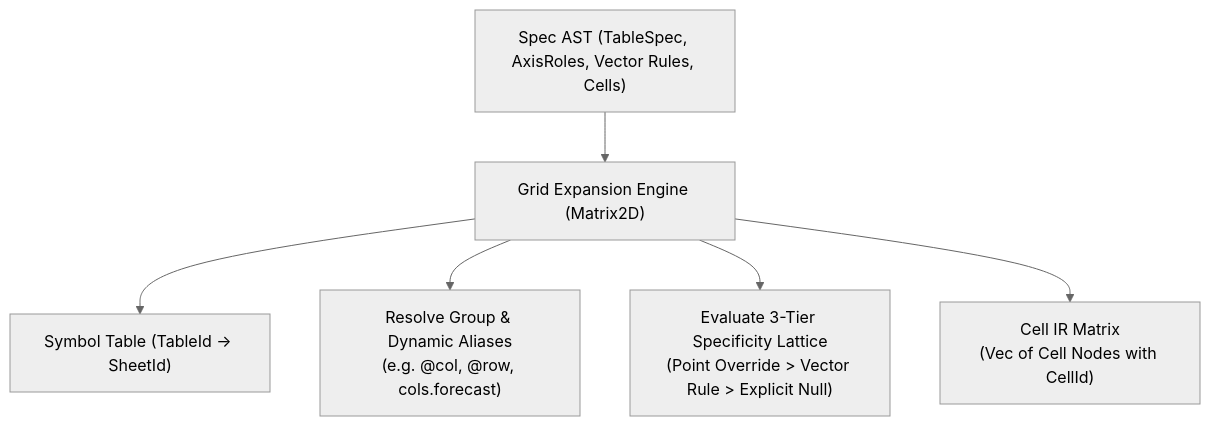
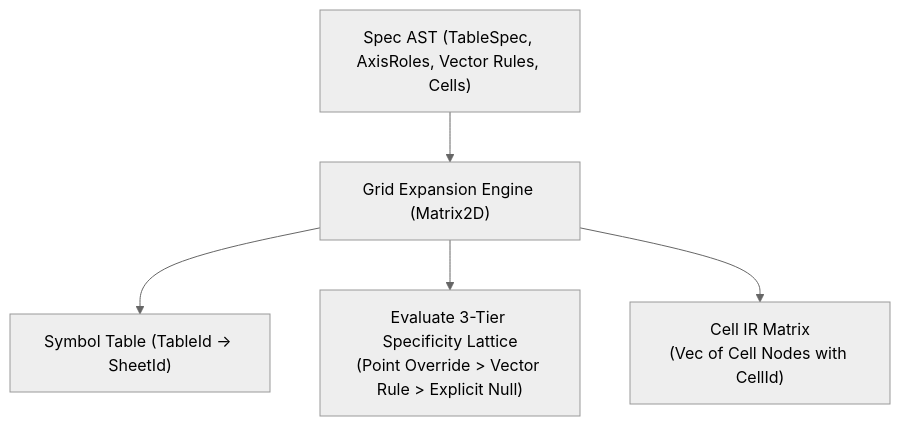
One commit to mhcfa/f8 changed the first of 2 diagrams in docs/compiler/ir.md. Above: the diagram before and after it, drawn with Mermaid (neutral theme). The commit also changed other lines of this file and 13 other files, not shown here.

First line of the commit message:
docs(dsl, compiler): align architecture and specification documents with explicit grid model

````diff
--- a/docs/compiler/ir.md
+++ b/docs/compiler/ir.md
@@ -40,8 +40,7 @@
 ```mermaid
 flowchart TD
     A["Spec AST (TableSpec, AxisRoles, Vector Rules, Cells)"] --> B["Grid Expansion Engine (Matrix2D)"]
     B --> C["Symbol Table (TableId -> SheetId)"]
-    B --> D["Resolve Group & Dynamic Aliases\n(e.g. @col, @row, cols.forecast)"]
-    B --> E["Evaluate 3-Tier Specificity Lattice\n(Point Override > Vector Rule > Explicit Null)"]
-    B --> F["Cell IR Matrix\n(Vec of Cell Nodes with CellId)"]
+    B --> D["Evaluate 3-Tier Specificity Lattice\n(Point Override > Vector Rule > Explicit Null)"]
+    B --> E["Cell IR Matrix\n(Vec of Cell Nodes with CellId)"]
 ```
````
